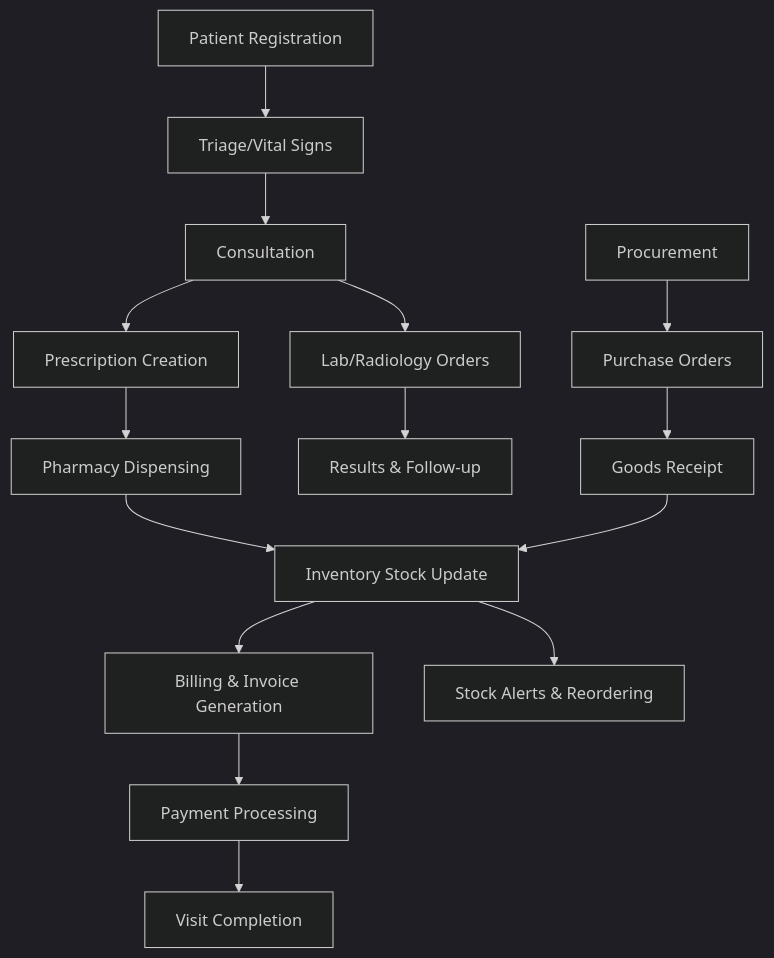
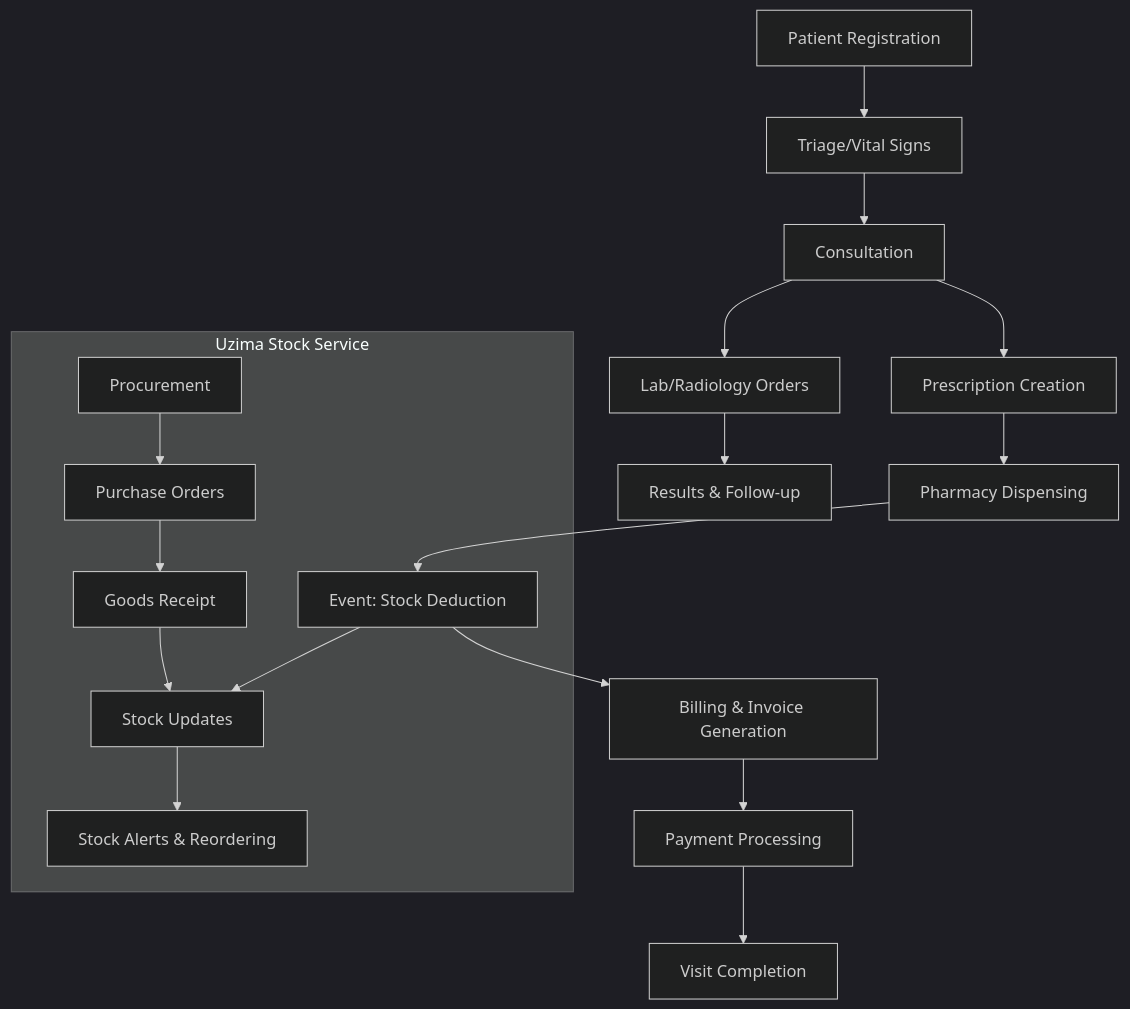
Before and after one commit to BigPhilsnr/uzima-health: the diagram in README.md, drawn with Mermaid (dark theme). The commit also changed other lines of this file and 143 other files, not shown here.

````diff
--- a/README.md
+++ b/README.md
@@ -11,16 +20,19 @@
 ```mermaid
 flowchart TD
     A[Patient Registration] --> B[Triage/Vital Signs]
     B --> C[Consultation]
     C --> D[Prescription Creation]
     D --> E[Pharmacy Dispensing]
-    E --> F[Inventory Stock Update]
+    E --> F[Event: Stock Deduction]
     F --> G[Billing & Invoice Generation]
     G --> H[Payment Processing]
     H --> I[Visit Completion]
-    
+
     C --> J[Lab/Radiology Orders] --> K[Results & Follow-up]
-    
-    L[Procurement] --> M[Purchase Orders] --> N[Goods Receipt] --> F
-    F --> O[Stock Alerts & Reordering]
+
+    subgraph "Uzima Stock Service"
+        L[Procurement] --> M[Purchase Orders] --> N[Goods Receipt] --> O[Stock Updates]
+        O --> P[Stock Alerts & Reordering]
+        F --> O
+    end
 ```
````
